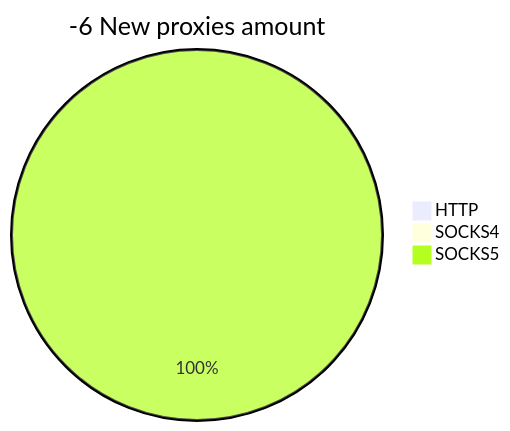
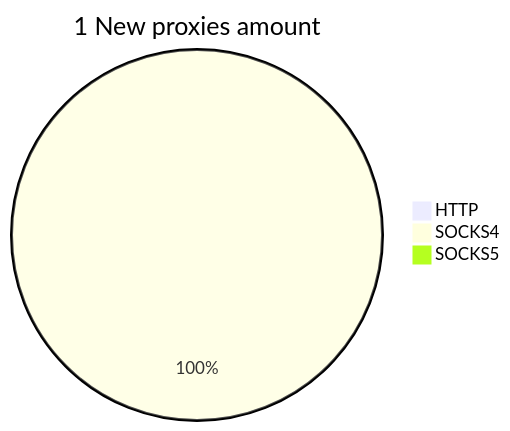
The second of 2 diagrams in README.md (cutipu/proxylist), drawn with Mermaid before and after one commit. The commit also changed other lines of this file, not shown here.

````diff
--- a/README.md
+++ b/README.md
@@ -10,6 +10,6 @@
 ```mermaid
-pie title -6 New proxies amount
+pie title 1 New proxies amount
     "HTTP" : 0
-    "SOCKS4" : 0
-    "SOCKS5" : 1
+    "SOCKS4" : 3
+    "SOCKS5" : 0
 ```
````
